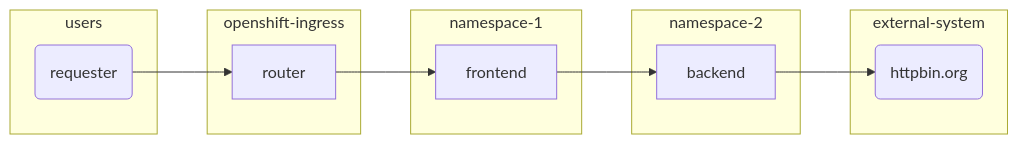
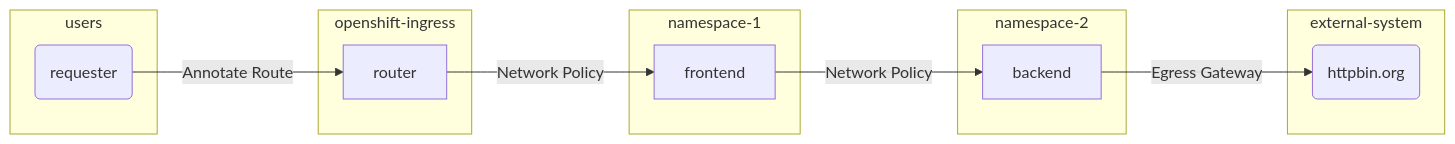
One commit to rhthsa/OpenShift-POC-AppDev changed the diagram in docs/TRAFFIC_CONTROL.md. Above: the diagram before and after it, drawn with Mermaid. The commit also changed 1 other file, not shown here.

Commit message:
Add diagram

````diff
--- a/docs/TRAFFIC_CONTROL.md
+++ b/docs/TRAFFIC_CONTROL.md
@@ -15,22 +15,22 @@
 ```mermaid
 graph LR
-    id1(requester)-->router
+    id1(requester)-- Annotate Route -->router
     subgraph users
     id1(requester)
     end
-    router-->frontend
+    router-- Network Policy -->frontend
     subgraph openshift-ingress
     router
     end
-    frontend-->backend
+    frontend-- Network Policy -->backend
     subgraph namespace-1
     frontend
     end
     subgraph namespace-2
     backend
     end
-    backend-->id5(httpbin.org)
+    backend-- Egress Gateway -->id5(httpbin.org)
     subgraph external-system
     id5(httpbin.org)
     end
 ```
````
